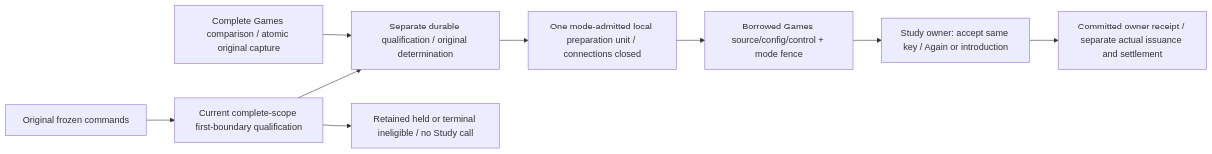
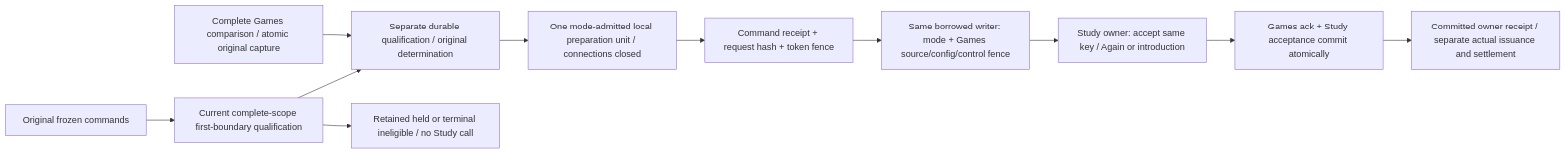
The third of 6 diagrams in backend/app/games/feedback/README.md (aaweaver-actuary/tempo), drawn with Mermaid before and after one commit. The commit also changed other lines of this file and 8 other files, not shown here.

Commit message:
Prepare local feedback purely and apply both owners behind the command receipt fence

````diff
--- a/backend/app/games/feedback/README.md
+++ b/backend/app/games/feedback/README.md
@@ -307,11 +324,13 @@
 ```mermaid
 flowchart LR
   Capture["Complete Games comparison / atomic original capture"] --> Witness["Separate durable qualification / original determination"]
   Retained["Original frozen commands"] --> Qualify["Current complete-scope first-boundary qualification"]
   Qualify --> Witness
   Witness --> Local["One mode-admitted local preparation unit / connections closed"]
-  Local --> Fence["Borrowed Games source/config/control + mode fence"]
+  Local --> Gateway["Command receipt + request hash + token fence"]
+  Gateway --> Fence["Same borrowed writer: mode + Games source/config/control fence"]
   Fence --> Study["Study owner: accept same key / Again or introduction"]
-  Study --> Receipt["Committed owner receipt / separate actual issuance and settlement"]
+  Study --> Ack["Games ack + Study acceptance commit atomically"]
+  Ack --> Receipt["Committed owner receipt / separate actual issuance and settlement"]
   Qualify --> Held["Retained held or terminal ineligible / no Study call"]
 ```
````
